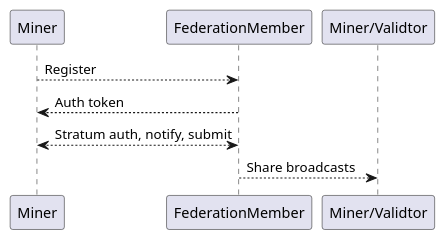
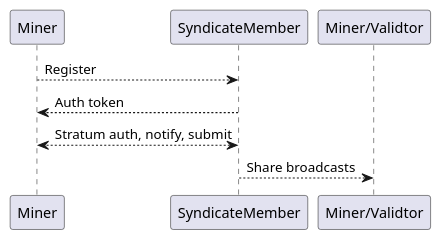
One commit to pool2win/radpool-design changed the first of 2 diagrams in one-page/modules/ROOT/pages/syndicate-protocols.adoc. Above: the diagram before and after it, drawn with PlantUML. The commit also changed other lines of this file and 9 other files, not shown here.

```diff
--- a/one-page/modules/ROOT/pages/syndicate-protocols.adoc
+++ b/one-page/modules/ROOT/pages/syndicate-protocols.adoc
@@ -16,9 +16,9 @@
 [plantuml, target=intial-setup]
 ....
 @startuml
-Miner --> FederationMember: Register
-FederationMember --> Miner: Auth token
-Miner <--> FederationMember: Stratum auth, notify, submit
-"Miner/Validtor" <-- FederationMember: Share broadcasts
+Miner --> SyndicateMember: Register
+SyndicateMember --> Miner: Auth token
+Miner <--> SyndicateMember: Stratum auth, notify, submit
+"Miner/Validtor" <-- SyndicateMember: Share broadcasts
 @enduml
 ....
```
